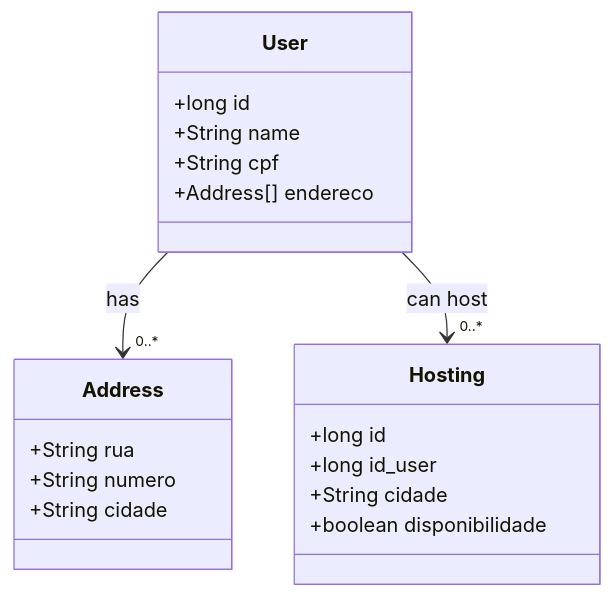
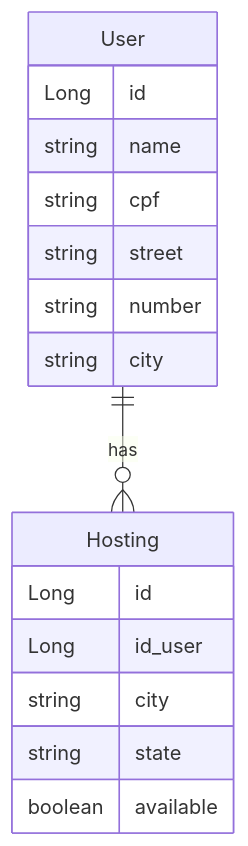
The diagram in README.md (brunopaz8/Hosting-system), drawn with Mermaid before and after one commit. The commit also changed other lines of this file, not shown here.

````diff
--- a/README.md
+++ b/README.md
@@ -2,25 +18,21 @@
 ```mermaid
-classDiagram
-    class User {
-        +long id
-        +String name
-        +String cpf
-        +Address[] endereco
+erDiagram
+    User {
+        Long id
+        string name
+        string cpf
+        string street
+        string number
+        string city
     }
 
-    class Address {
-        +String rua
-        +String numero
-        +String cidade
+    Hosting {
+        Long id
+        Long id_user
+        string city
+        string state
+        boolean available
     }
 
-    class Hosting {
-        +long id
-        +long id_user
-        +String cidade
-        +boolean disponibilidade
-    }
-
-    User --> "0..*" Address : has
-    User --> "0..*" Hosting : can host
+    User ||--o{ Hosting : "has"
 ```
````
